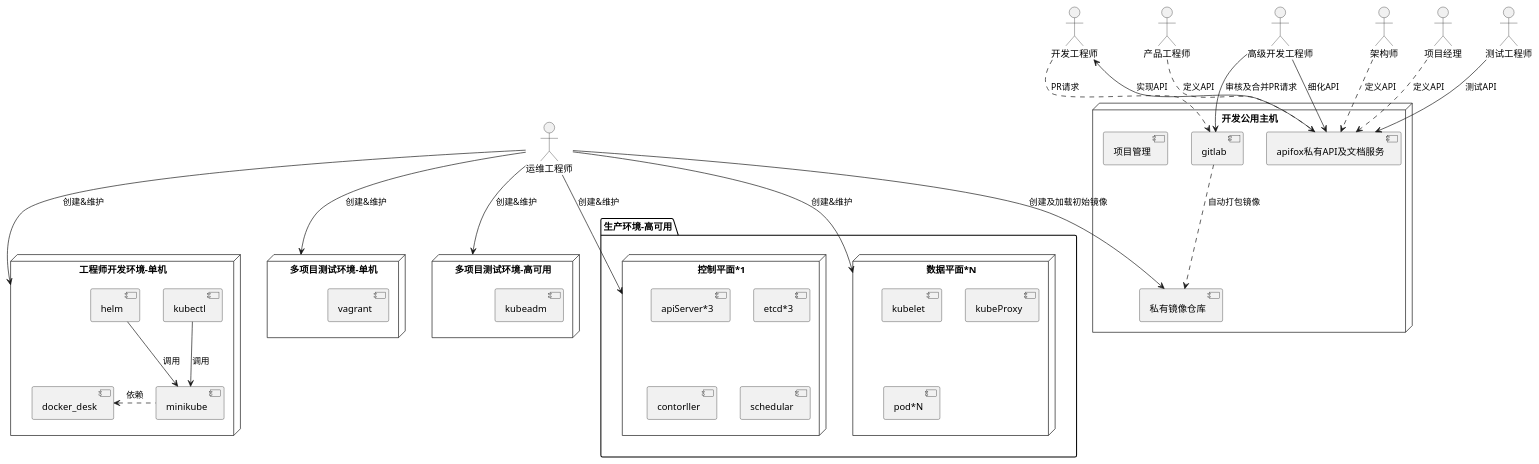
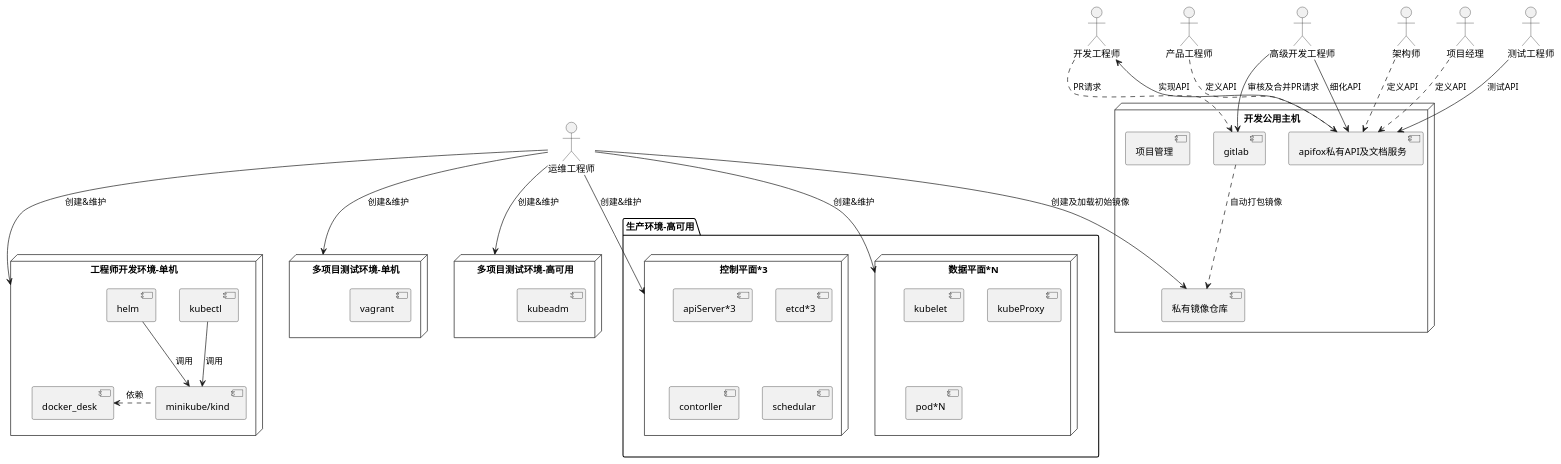
One commit to diaonannan1234/cloundNetiveDesing changed the diagram in 开发环境K8S搭建.md. Above: the diagram before and after it, drawn with PlantUML. The commit also changed 9 other files, not shown here.

````diff
--- a/开发环境K8S搭建.md
+++ b/开发环境K8S搭建.md
@@ -2,70 +2,70 @@
 ``` plantuml 
 @startuml
    
    actor "运维工程师" as run
    actor "产品工程师" as p
    actor "架构师" as pp
    actor "项目经理" as ppp
    actor "开发工程师" as eng
    actor "高级开发工程师" as engh
    actor "测试工程师" as teng
    node "工程师开发环境-单机" as n0 {
-        [minikube] as m
+        [minikube/kind] as m
         [kubectl] as k
         [helm] as h
         [docker_desk] as d
         d <. m : 依赖
         k --> m : 调用
         h --> m : 调用
    }
    
    node "多项目测试环境-单机" as n1 {
         [vagrant] as vagrant
                  
   }
    
 node "多项目测试环境-高可用" as n2 {
         [kubeadm] as k0
    }
    
 package "生产环境-高可用" {
-   node "控制平面*1" as n31 {
+   node "控制平面*3" as n31 {
         [apiServer*3]
         [etcd*3]
         [contorller]
         [schedular]
    }
    node "数据平面*N" as n32 {
       [kubelet]
       [kubeProxy]
       [pod*N]
       
    }  
 
  }
  
 run --> n0 : 创建&维护
 run --> n1 : 创建&维护
 run --> n2 : 创建&维护
 run --> n31 : 创建&维护
 run --> n32 : 创建&维护
 
    node "开发公用主机" {
      [gitlab] as gitlab
      [私有镜像仓库] as r
      [apifox私有API及文档服务] as api
      [项目管理] as pm
      gitlab ..> r : 自动打包镜像
   }
    
   eng ..> gitlab : PR请求
   engh --> gitlab : 审核及合并PR请求
   p ..> api : 定义API
   pp ..> api: 定义API
   ppp ..> api: 定义API
   engh --> api : 细化API
   eng <- api : 实现API
   teng --> api : 测试API
   run --> r : 创建及加载初始镜像
 @enduml
 ```
````
